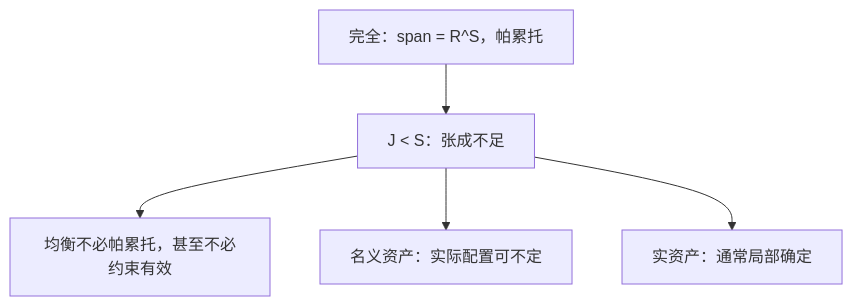
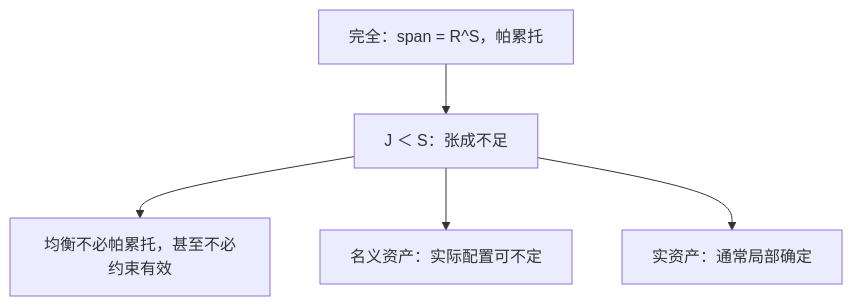
One commit to xhongduo-tech/xhongduo-tech.github.io changed the diagram in docs/econ/incomplete-markets-gei.md. Above: the diagram before and after it, drawn with Mermaid. The commit also changed other lines of this file and 772 other files, not shown here.

````diff
--- a/docs/econ/incomplete-markets-gei.md
+++ b/docs/econ/incomplete-markets-gei.md
@@ -36,7 +36,7 @@
 ```mermaid
 flowchart TD
-  AD["完全：span = R^S，帕累托"] --> GEI["J < S：张成不足"]
+  AD["完全：span = R^S，帕累托"] --> GEI["J ＜ S：张成不足"]
   GEI --> WEL["均衡不必帕累托，甚至不必约束有效"]
   GEI --> NOM["名义资产：实际配置可不定"]
   GEI --> REAL["实资产：通常局部确定"]
 ```
````
